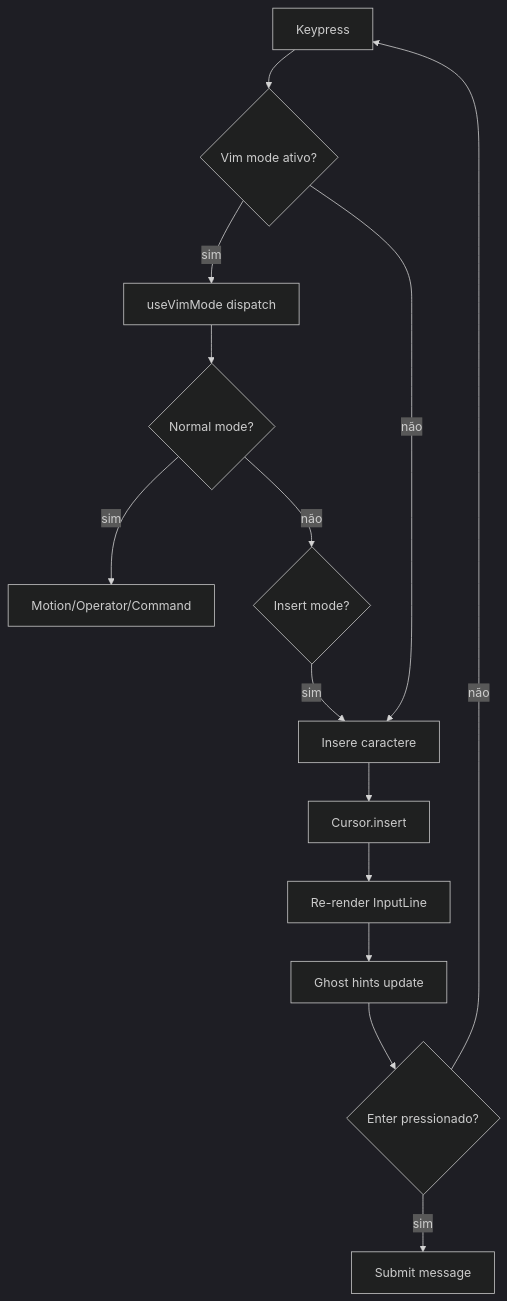
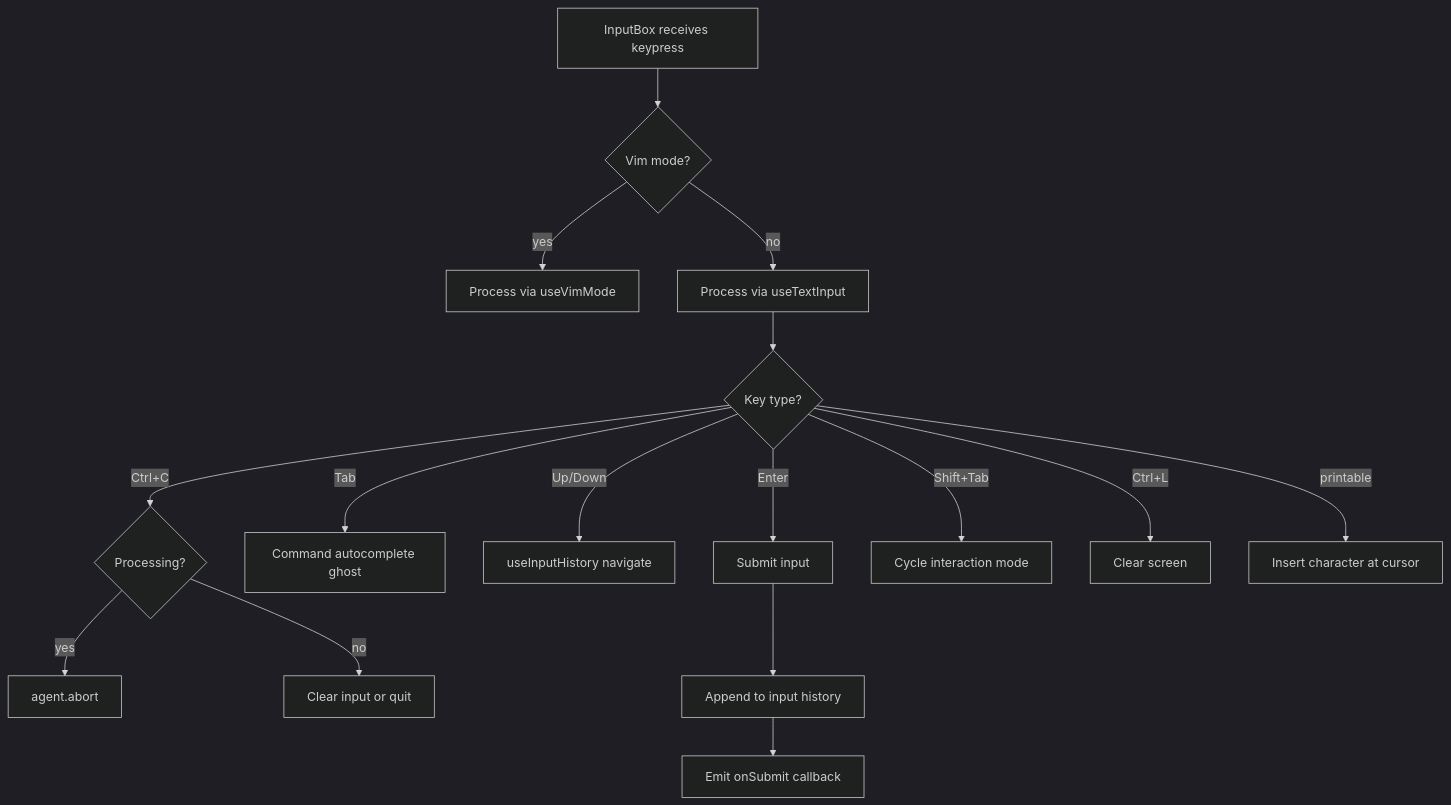
The second of 6 diagrams in _reversa_sdd/flowcharts/ui.md (Hermenics/deepseek-code), drawn with Mermaid (dark theme) before and after one commit. The commit also changed other lines of this file and 75 other files, not shown here.

First line of the commit message:
docs(sdd): translate ADRs and architecture docs to English, reorganize proxy module

````diff
--- a/_reversa_sdd/flowcharts/ui.md
+++ b/_reversa_sdd/flowcharts/ui.md
@@ -40,16 +35,20 @@
 ```mermaid
 flowchart TD
-    A[Keypress] --> B{Vim mode ativo?}
-    B -->|sim| C[useVimMode dispatch]
-    C --> D{Normal mode?}
-    D -->|sim| E[Motion/Operator/Command]
-    D -->|não| F{Insert mode?}
-    F -->|sim| G[Insere caractere]
-    B -->|não| G
-    G --> H[Cursor.insert]
-    H --> I[Re-render InputLine]
-    I --> J[Ghost hints update]
-    J --> K{Enter pressionado?}
-    K -->|sim| L[Submit message]
-    K -->|não| A
+    A[InputBox receives keypress] --> B{Vim mode?}
+    B -->|yes| C[Process via useVimMode]
+    B -->|no| D[Process via useTextInput]
+    
+    D --> E{Key type?}
+    E -->|Enter| F[Submit input]
+    E -->|Tab| G[Command autocomplete ghost]
+    E -->|Up/Down| H[useInputHistory navigate]
+    E -->|Ctrl+C| I{Processing?}
+    I -->|yes| J[agent.abort]
+    I -->|no| K[Clear input or quit]
+    E -->|Shift+Tab| L[Cycle interaction mode]
+    E -->|Ctrl+L| M[Clear screen]
+    E -->|printable| N[Insert character at cursor]
+    
+    F --> O[Append to input history]
+    O --> P[Emit onSubmit callback]
 ```
````
